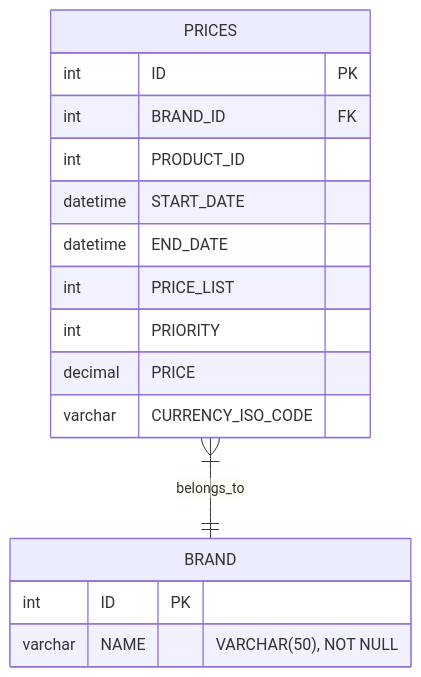
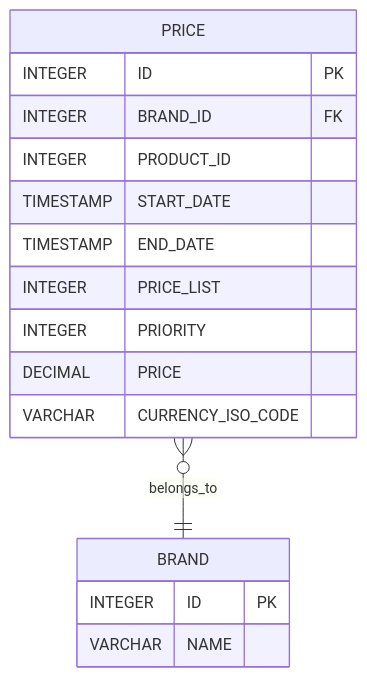
One commit to lorenaspwork/pricing-service changed the diagram in README.md. Above: the diagram before and after it, drawn with Mermaid. The commit also changed other lines of this file, not shown here.

````diff
--- a/README.md
+++ b/README.md
@@ -42,19 +129,21 @@
 ```mermaid
 erDiagram
-    PRICES {
-        int ID PK
-        int BRAND_ID FK
-        int PRODUCT_ID
-        datetime START_DATE
-        datetime END_DATE
-        int PRICE_LIST
-        int PRIORITY
-        decimal PRICE
-        varchar CURRENCY_ISO_CODE
+    PRICE }o--|| BRAND : "belongs_to"
+
+    PRICE {
+        INTEGER ID PK
+        INTEGER BRAND_ID FK
+        INTEGER PRODUCT_ID
+        TIMESTAMP START_DATE
+        TIMESTAMP END_DATE
+        INTEGER PRICE_LIST
+        INTEGER PRIORITY
+        DECIMAL PRICE
+        VARCHAR CURRENCY_ISO_CODE
     }
+
     BRAND {
-        int ID PK
-        varchar NAME "VARCHAR(50), NOT NULL"
+        INTEGER ID PK
+        VARCHAR NAME
     }
-    PRICES }|--|| BRAND : belongs_to
 ```
````
